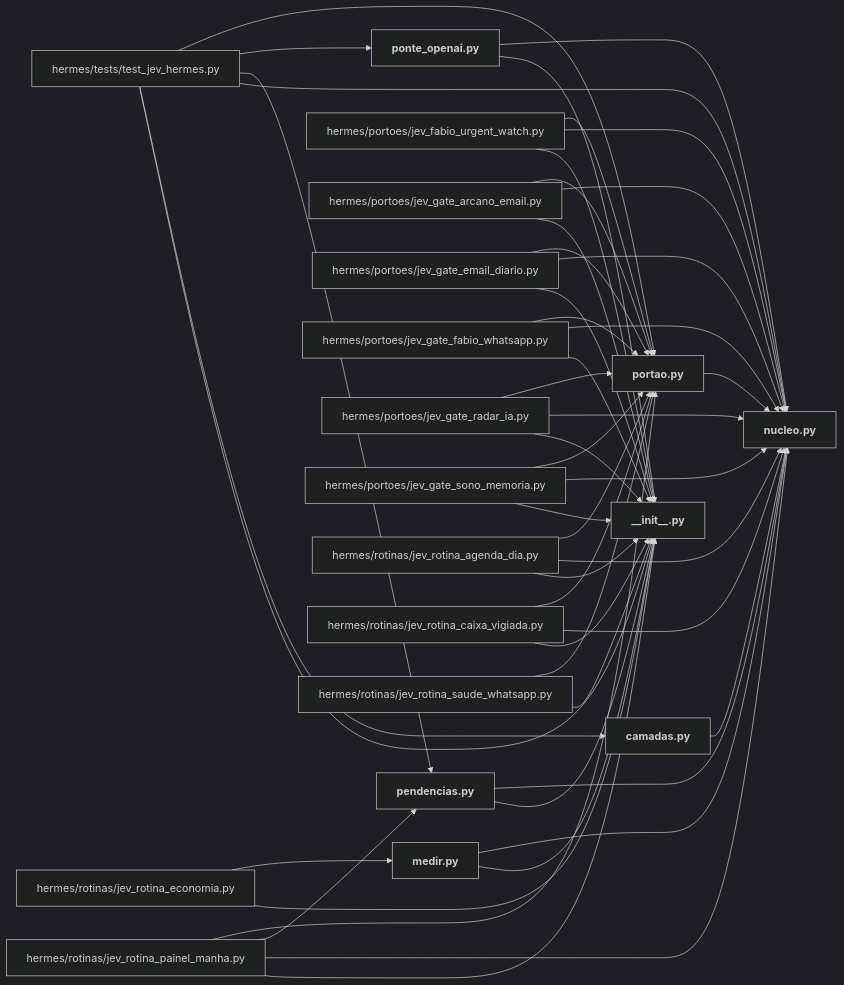
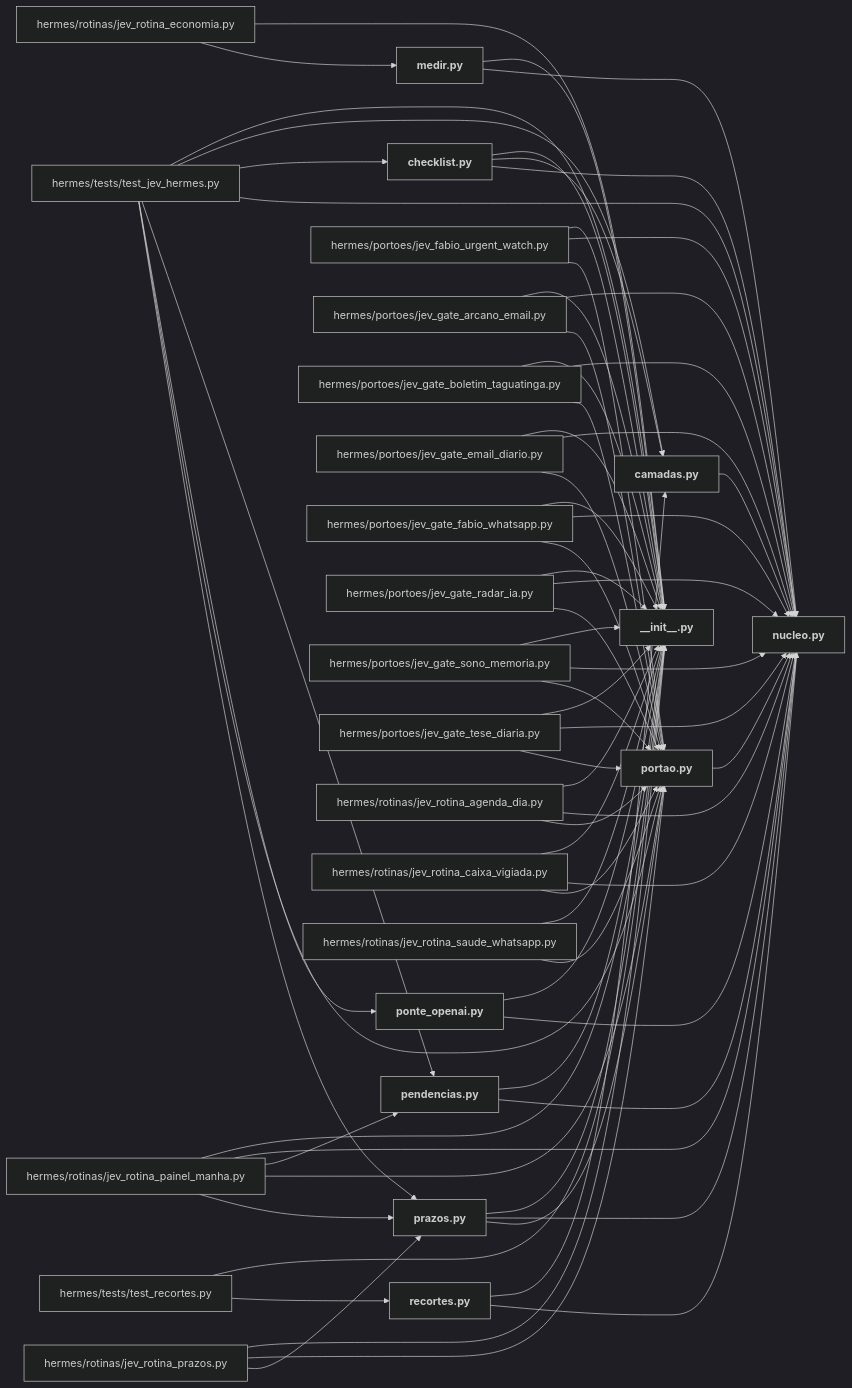
One commit to igormorais123/JEV changed the diagram in mapa/pastas/hermes__jev_hermes.md. Above: the diagram before and after it, drawn with Mermaid (dark theme). The commit also changed other lines of this file and 47 other files, not shown here.

````diff
--- a/mapa/pastas/hermes__jev_hermes.md
+++ b/mapa/pastas/hermes__jev_hermes.md
@@ -24,24 +33,34 @@
 flowchart LR
   n_hermes_jev_hermes___init___py["<b>__init__.py</b>"]
   n_hermes_jev_hermes_camadas_py["<b>camadas.py</b>"]
+  n_hermes_jev_hermes_checklist_py["<b>checklist.py</b>"]
   n_hermes_jev_hermes_medir_py["<b>medir.py</b>"]
   n_hermes_jev_hermes_nucleo_py["<b>nucleo.py</b>"]
   n_hermes_jev_hermes_pendencias_py["<b>pendencias.py</b>"]
   n_hermes_jev_hermes_ponte_openai_py["<b>ponte_openai.py</b>"]
   n_hermes_jev_hermes_portao_py["<b>portao.py</b>"]
+  n_hermes_jev_hermes_prazos_py["<b>prazos.py</b>"]
+  n_hermes_jev_hermes_recortes_py["<b>recortes.py</b>"]
   n_hermes_portoes_jev_fabio_urgent_watch_py["hermes/portoes/jev_fabio_urgent_watch.py"]
   n_hermes_portoes_jev_gate_arcano_email_py["hermes/portoes/jev_gate_arcano_email.py"]
+  n_hermes_portoes_jev_gate_boletim_taguatinga_py["hermes/portoes/jev_gate_boletim_taguatinga.py"]
   n_hermes_portoes_jev_gate_email_diario_py["hermes/portoes/jev_gate_email_diario.py"]
   n_hermes_portoes_jev_gate_fabio_whatsapp_py["hermes/portoes/jev_gate_fabio_whatsapp.py"]
   n_hermes_portoes_jev_gate_radar_ia_py["hermes/portoes/jev_gate_radar_ia.py"]
   n_hermes_portoes_jev_gate_sono_memoria_py["hermes/portoes/jev_gate_sono_memoria.py"]
+  n_hermes_portoes_jev_gate_tese_diaria_py["hermes/portoes/jev_gate_tese_diaria.py"]
   n_hermes_rotinas_jev_rotina_agenda_dia_py["hermes/rotinas/jev_rotina_agenda_dia.py"]
   n_hermes_rotinas_jev_rotina_caixa_vigiada_py["hermes/rotinas/jev_rotina_caixa_vigiada.py"]
   n_hermes_rotinas_jev_rotina_economia_py["hermes/rotinas/jev_rotina_economia.py"]
   n_hermes_rotinas_jev_rotina_painel_manha_py["hermes/rotinas/jev_rotina_painel_manha.py"]
+  n_hermes_rotinas_jev_rotina_prazos_py["hermes/rotinas/jev_rotina_prazos.py"]
   n_hermes_rotinas_jev_rotina_saude_whatsapp_py["hermes/rotinas/jev_rotina_saude_whatsapp.py"]
   n_hermes_tests_test_jev_hermes_py["hermes/tests/test_jev_hermes.py"]
+  n_hermes_tests_test_recortes_py["hermes/tests/test_recortes.py"]
   n_hermes_jev_hermes_camadas_py --> n_hermes_jev_hermes_nucleo_py
+  n_hermes_jev_hermes_checklist_py --> n_hermes_jev_hermes___init___py
+  n_hermes_jev_hermes_checklist_py --> n_hermes_jev_hermes_camadas_py
+  n_hermes_jev_hermes_checklist_py --> n_hermes_jev_hermes_nucleo_py
   n_hermes_jev_hermes_medir_py --> n_hermes_jev_hermes___init___py
   n_hermes_jev_hermes_medir_py --> n_hermes_jev_hermes_nucleo_py
   n_hermes_jev_hermes_pendencias_py --> n_hermes_jev_hermes___init___py
@@ -49,12 +68,20 @@
   n_hermes_jev_hermes_ponte_openai_py --> n_hermes_jev_hermes___init___py
   n_hermes_jev_hermes_ponte_openai_py --> n_hermes_jev_hermes_nucleo_py
   n_hermes_jev_hermes_portao_py --> n_hermes_jev_hermes_nucleo_py
+  n_hermes_jev_hermes_prazos_py --> n_hermes_jev_hermes___init___py
+  n_hermes_jev_hermes_prazos_py --> n_hermes_jev_hermes_nucleo_py
+  n_hermes_jev_hermes_prazos_py --> n_hermes_jev_hermes_portao_py
+  n_hermes_jev_hermes_recortes_py --> n_hermes_jev_hermes_camadas_py
+  n_hermes_jev_hermes_recortes_py --> n_hermes_jev_hermes_nucleo_py
   n_hermes_portoes_jev_fabio_urgent_watch_py --> n_hermes_jev_hermes___init___py
   n_hermes_portoes_jev_fabio_urgent_watch_py --> n_hermes_jev_hermes_nucleo_py
   n_hermes_portoes_jev_fabio_urgent_watch_py --> n_hermes_jev_hermes_portao_py
   n_hermes_portoes_jev_gate_arcano_email_py --> n_hermes_jev_hermes___init___py
   n_hermes_portoes_jev_gate_arcano_email_py --> n_hermes_jev_hermes_nucleo_py
   n_hermes_portoes_jev_gate_arcano_email_py --> n_hermes_jev_hermes_portao_py
+  n_hermes_portoes_jev_gate_boletim_taguatinga_py --> n_hermes_jev_hermes___init___py
+  n_hermes_portoes_jev_gate_boletim_taguatinga_py --> n_hermes_jev_hermes_nucleo_py
+  n_hermes_portoes_jev_gate_boletim_taguatinga_py --> n_hermes_jev_hermes_portao_py
   n_hermes_portoes_jev_gate_email_diario_py --> n_hermes_jev_hermes___init___py
   n_hermes_portoes_jev_gate_email_diario_py --> n_hermes_jev_hermes_nucleo_py
   n_hermes_portoes_jev_gate_email_diario_py --> n_hermes_jev_hermes_portao_py
@@ -67,6 +94,9 @@
   n_hermes_portoes_jev_gate_sono_memoria_py --> n_hermes_jev_hermes___init___py
   n_hermes_portoes_jev_gate_sono_memoria_py --> n_hermes_jev_hermes_nucleo_py
   n_hermes_portoes_jev_gate_sono_memoria_py --> n_hermes_jev_hermes_portao_py
+  n_hermes_portoes_jev_gate_tese_diaria_py --> n_hermes_jev_hermes___init___py
+  n_hermes_portoes_jev_gate_tese_diaria_py --> n_hermes_jev_hermes_nucleo_py
+  n_hermes_portoes_jev_gate_tese_diaria_py --> n_hermes_jev_hermes_portao_py
   n_hermes_rotinas_jev_rotina_agenda_dia_py --> n_hermes_jev_hermes___init___py
   n_hermes_rotinas_jev_rotina_agenda_dia_py --> n_hermes_jev_hermes_nucleo_py
   n_hermes_rotinas_jev_rotina_agenda_dia_py --> n_hermes_jev_hermes_portao_py
@@ -79,12 +109,20 @@
   n_hermes_rotinas_jev_rotina_painel_manha_py --> n_hermes_jev_hermes_nucleo_py
   n_hermes_rotinas_jev_rotina_painel_manha_py --> n_hermes_jev_hermes_pendencias_py
   n_hermes_rotinas_jev_rotina_painel_manha_py --> n_hermes_jev_hermes_portao_py
+  n_hermes_rotinas_jev_rotina_painel_manha_py --> n_hermes_jev_hermes_prazos_py
+  n_hermes_rotinas_jev_rotina_prazos_py --> n_hermes_jev_hermes___init___py
+  n_hermes_rotinas_jev_rotina_prazos_py --> n_hermes_jev_hermes_portao_py
+  n_hermes_rotinas_jev_rotina_prazos_py --> n_hermes_jev_hermes_prazos_py
   n_hermes_rotinas_jev_rotina_saude_whatsapp_py --> n_hermes_jev_hermes___init___py
   n_hermes_rotinas_jev_rotina_saude_whatsapp_py --> n_hermes_jev_hermes_portao_py
   n_hermes_tests_test_jev_hermes_py --> n_hermes_jev_hermes___init___py
   n_hermes_tests_test_jev_hermes_py --> n_hermes_jev_hermes_camadas_py
+  n_hermes_tests_test_jev_hermes_py --> n_hermes_jev_hermes_checklist_py
   n_hermes_tests_test_jev_hermes_py --> n_hermes_jev_hermes_nucleo_py
   n_hermes_tests_test_jev_hermes_py --> n_hermes_jev_hermes_pendencias_py
   n_hermes_tests_test_jev_hermes_py --> n_hermes_jev_hermes_ponte_openai_py
   n_hermes_tests_test_jev_hermes_py --> n_hermes_jev_hermes_portao_py
+  n_hermes_tests_test_jev_hermes_py --> n_hermes_jev_hermes_prazos_py
+  n_hermes_tests_test_recortes_py --> n_hermes_jev_hermes___init___py
+  n_hermes_tests_test_recortes_py --> n_hermes_jev_hermes_recortes_py
 ```
````
